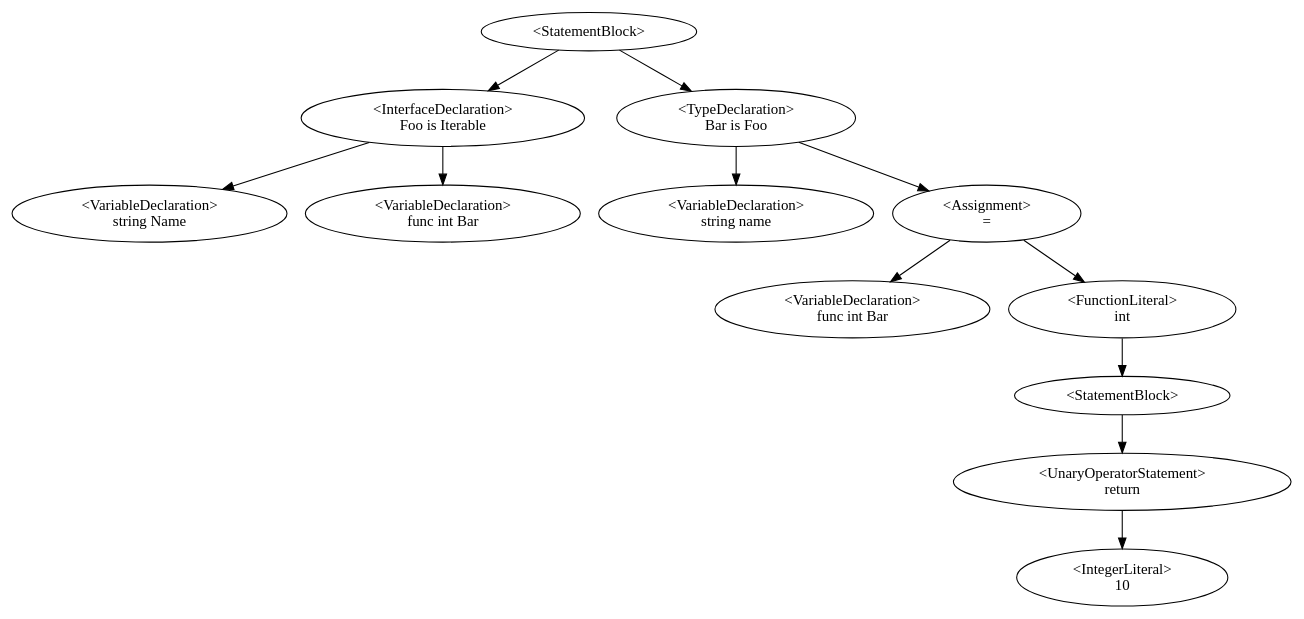
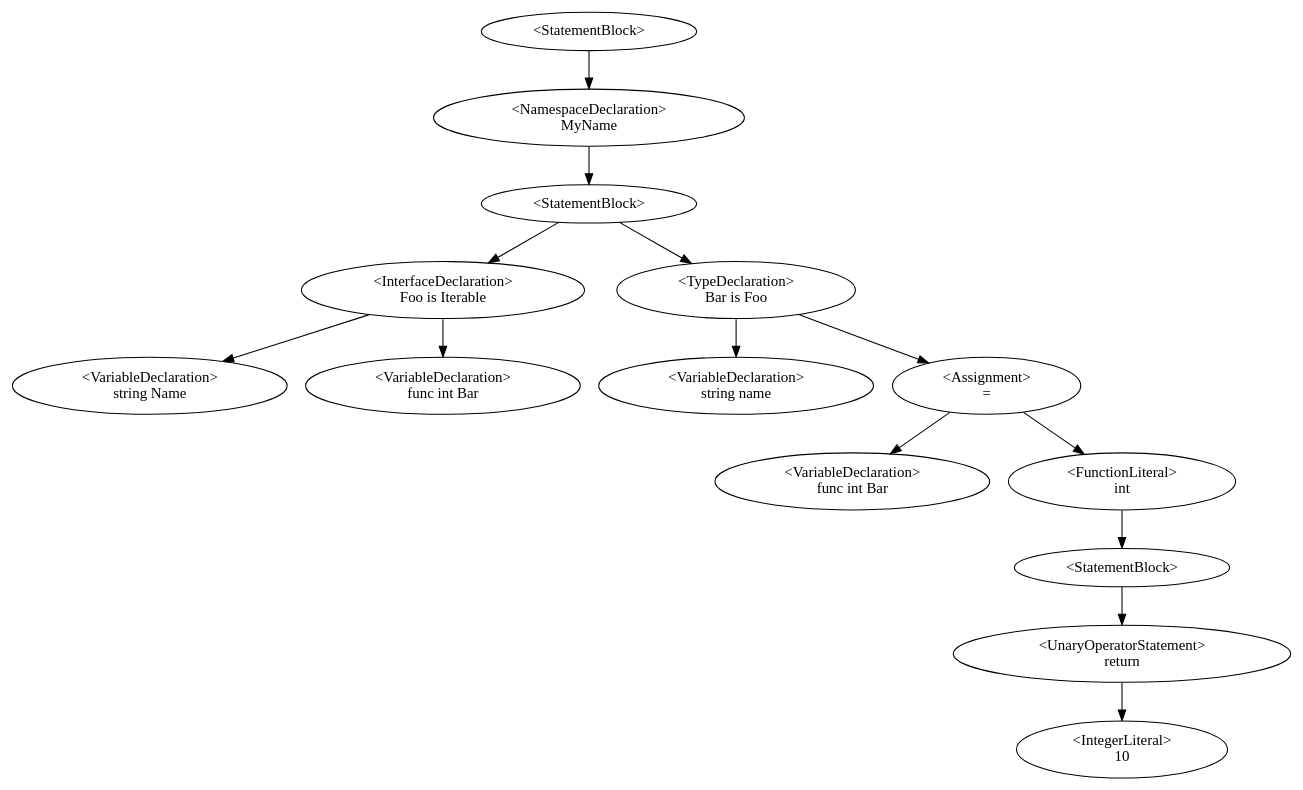
The diagram in Dino/Dino/AstDisplay.gv (QazmoQwerty/dino), drawn with Graphviz before and after one commit. The commit also changed 6 other files, not shown here.

```diff
--- a/Dino/Dino/AstDisplay.gv
+++ b/Dino/Dino/AstDisplay.gv
@@ -1,15 +1,17 @@
 digraph G {
-0 [label="<StatementBlock>"];0->1;0->4;
-1 [label="<InterfaceDeclaration>\nFoo is Iterable"];1->2;1->3;
-2 [label="<VariableDeclaration>\nstring Name"];
-3 [label="<VariableDeclaration>\nfunc int Bar"];
-4 [label="<TypeDeclaration>\nBar is Foo"];4->5;4->7;
-5 [label="<VariableDeclaration>\nstring name"];
-7 [label="<Assignment>\n="];7->6;7->8;
-6 [label="<VariableDeclaration>\nfunc int Bar"];
-8 [label="<FunctionLiteral>
-int"];8->11;
-11 [label="<StatementBlock>"];11->9;
-9 [label="<UnaryOperatorStatement>\nreturn"];9->10;
-10 [label="<IntegerLiteral>\n10"];
+0 [label="<StatementBlock>"];0->1;
+1 [label="<NamespaceDeclaration>\nMyName"];1->2;
+2 [label="<StatementBlock>"];2->3;2->6;
+3 [label="<InterfaceDeclaration>\nFoo is Iterable"];3->4;3->5;
+4 [label="<VariableDeclaration>\nstring Name"];
+5 [label="<VariableDeclaration>\nfunc int Bar"];
+6 [label="<TypeDeclaration>\nBar is Foo"];6->7;6->9;
+7 [label="<VariableDeclaration>\nstring name"];
+9 [label="<Assignment>\n="];9->8;9->10;
+8 [label="<VariableDeclaration>\nfunc int Bar"];
+10 [label="<FunctionLiteral>
+int"];10->13;
+13 [label="<StatementBlock>"];13->11;
+11 [label="<UnaryOperatorStatement>\nreturn"];11->12;
+12 [label="<IntegerLiteral>\n10"];
 }
```
